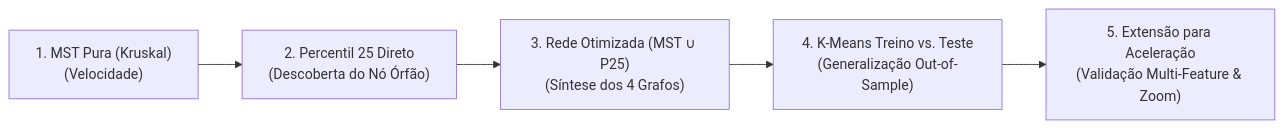
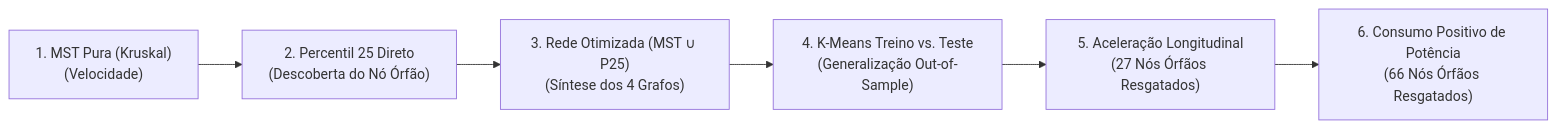
The diagram in docs/PAUTA_REUNIAO_ORIENTADOR.md (danilocarv/TCC), drawn with Mermaid before and after one commit. The commit also changed other lines of this file and 69 other files, not shown here.

````diff
--- a/docs/PAUTA_REUNIAO_ORIENTADOR.md
+++ b/docs/PAUTA_REUNIAO_ORIENTADOR.md
@@ -9,7 +9,8 @@
 ```mermaid
 flowchart LR
     A["1. MST Pura (Kruskal)<br/>(Velocidade)"] --> B["2. Percentil 25 Direto<br/>(Descoberta do Nó Órfão)"]
     B --> C["3. Rede Otimizada (MST ∪ P25)<br/>(Síntese dos 4 Grafos)"]
     C --> D["4. K-Means Treino vs. Teste<br/>(Generalização Out-of-Sample)"]
-    D --> E["5. Extensão para Aceleração<br/>(Validação Multi-Feature & Zoom)"]
+    D --> E["5. Aceleração Longitudinal<br/>(27 Nós Órfãos Resgatados)"]
+    E --> F["6. Consumo Positivo de Potência<br/>(66 Nós Órfãos Resgatados)"]
 ```
````
